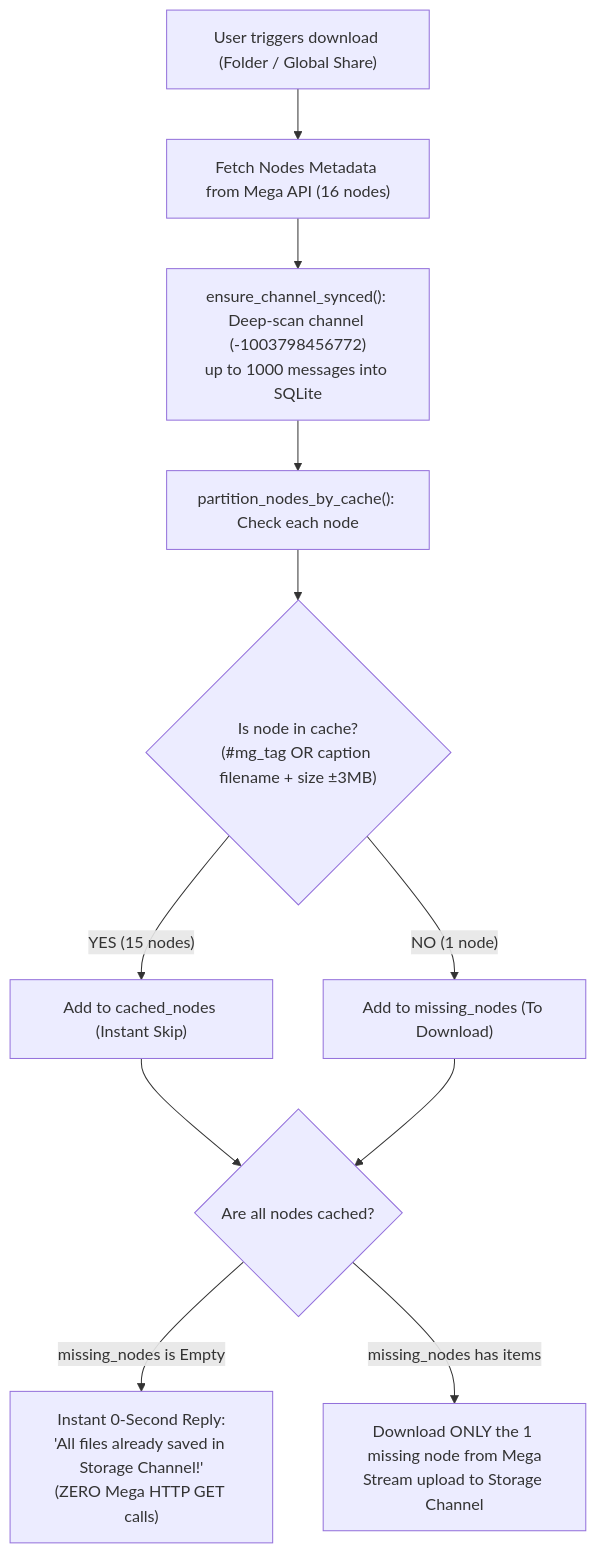
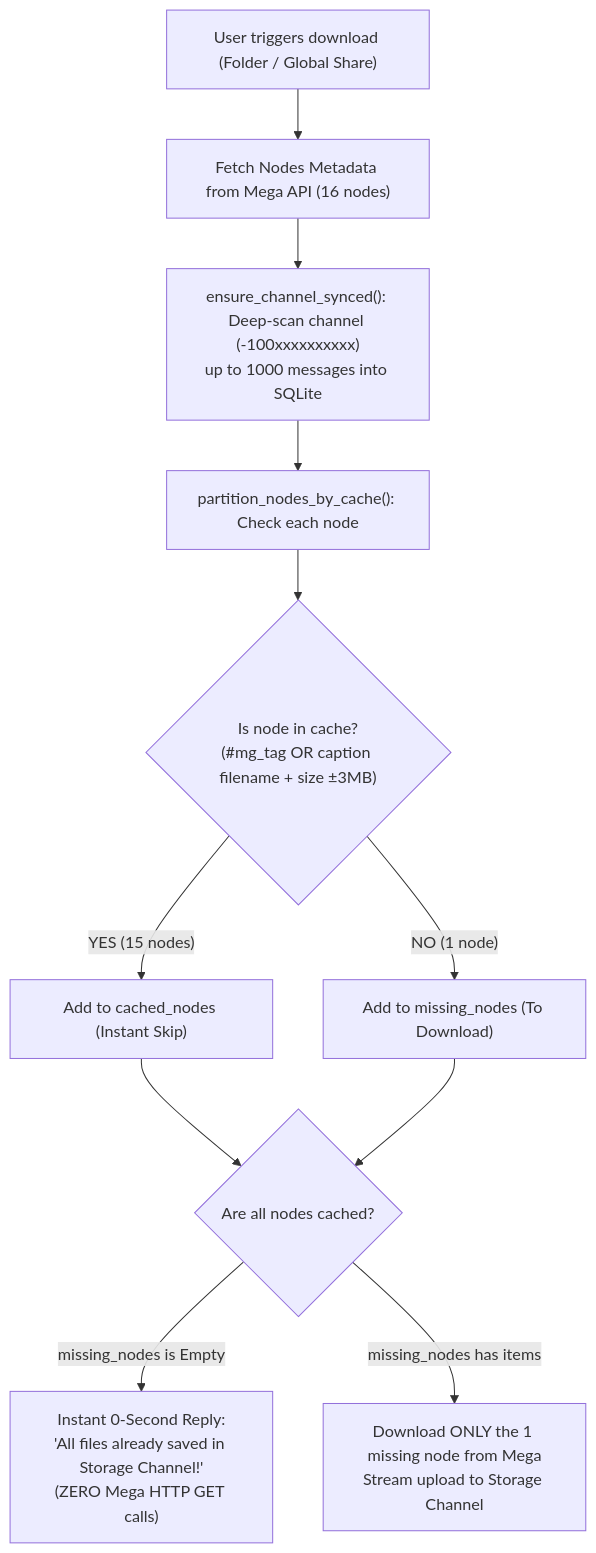
Before and after one commit to levithebutcher/terabot: the diagram in AGENT_MEMORY.md, drawn with Mermaid. The commit also changed other lines of this file and 6 other files, not shown here.

````diff
--- a/AGENT_MEMORY.md
+++ b/AGENT_MEMORY.md
@@ -83,13 +83,13 @@
 ```mermaid
 flowchart TD
     A["User triggers download (Folder / Global Share)"] --> B["Fetch Nodes Metadata from Mega API (16 nodes)"]
-    B --> C["ensure_channel_synced(): Deep-scan channel (-1003798456772)<br>up to 1000 messages into SQLite"]
+    B --> C["ensure_channel_synced(): Deep-scan channel (-100xxxxxxxxxx)<br>up to 1000 messages into SQLite"]
     C --> D["partition_nodes_by_cache(): Check each node"]
     D --> E{"Is node in cache?<br>(#mg_tag OR caption filename + size ±3MB)"}
     E -- "YES (15 nodes)" --> F["Add to cached_nodes (Instant Skip)"]
     E -- "NO (1 node)" --> G["Add to missing_nodes (To Download)"]
     F --> H{"Are all nodes cached?"}
     G --> H
     H -- "missing_nodes is Empty" --> I["Instant 0-Second Reply:<br>'All files already saved in Storage Channel!'<br>(ZERO Mega HTTP GET calls)"]
     H -- "missing_nodes has items" --> J["Download ONLY the 1 missing node from Mega<br>Stream upload to Storage Channel"]
 ```
````
